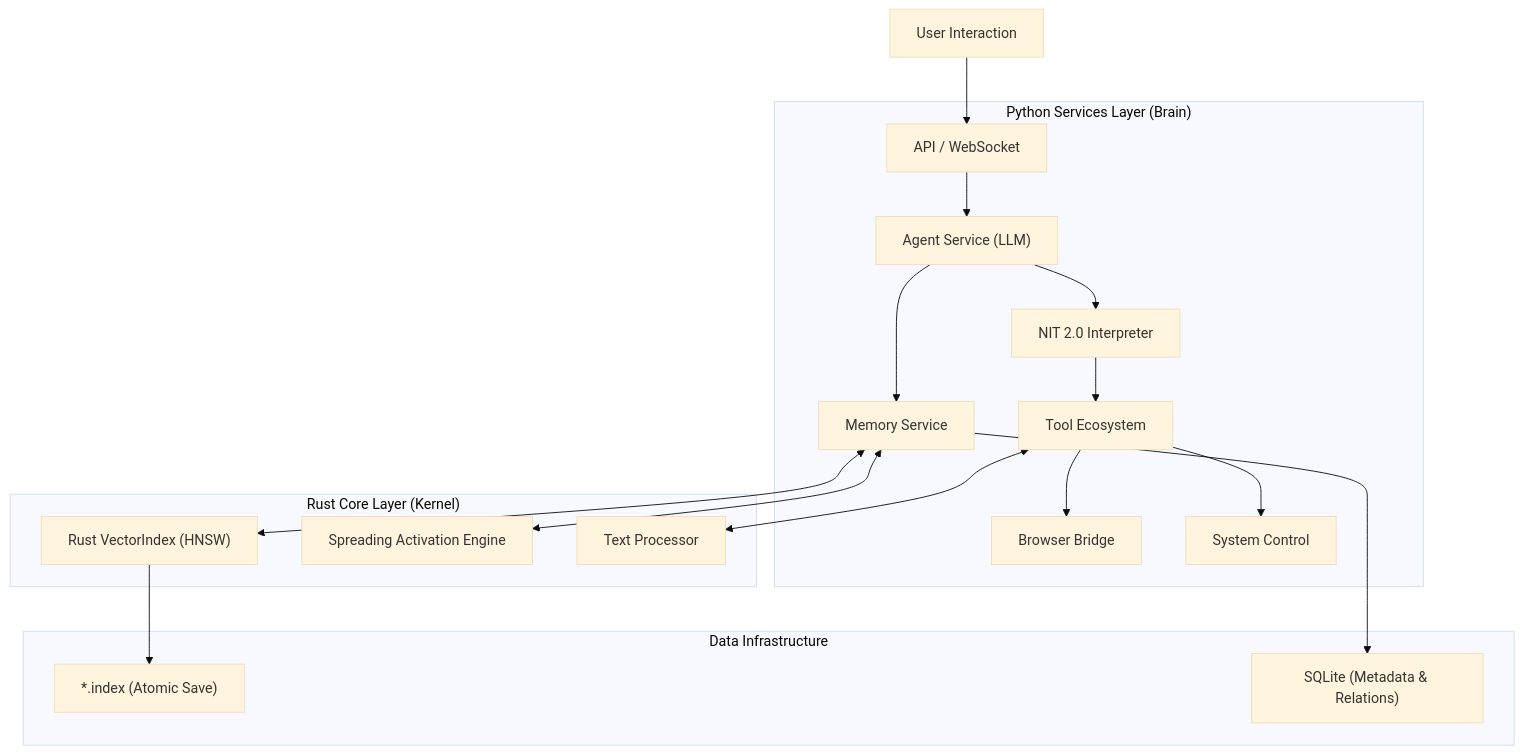
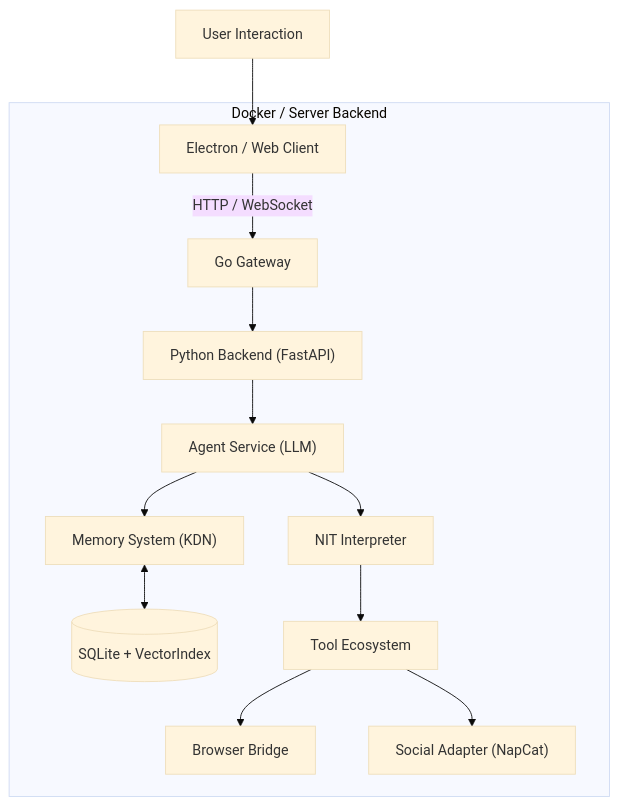
Before and after one commit to YoKONCy/PeroCore: the diagram in README.md, drawn with Mermaid (base theme). The commit also changed other lines of this file and 137 other files, not shown here.

````diff
--- a/README.md
+++ b/README.md
@@ -356,25 +164,19 @@
 ```mermaid
 graph TD
-    User["User Interaction"] --> Interface["API / WebSocket"]
+    User["User Interaction"] --> Client["Electron / Web Client"]
     
-    subgraph "Python Services Layer (Brain)"
-        Interface --> Agent["Agent Service (LLM)"]
-        Agent --> NIT["NIT 2.0 Interpreter"]
-        Agent --> MemoryServ["Memory Service"]
+    subgraph "Docker / Server Backend"
+        Client -- "HTTP / WebSocket" --> Gateway["Go Gateway"]
+        Gateway --> Agent["Python Backend (FastAPI)"]
+        
+        Agent --> Brain["Agent Service (LLM)"]
+        Brain --> Memory["Memory System (KDN)"]
+        Brain --> NIT["NIT Interpreter"]
+        
+        Memory <--> DB[(SQLite + VectorIndex)]
         
         NIT --> Tools["Tool Ecosystem"]
         Tools --> Browser["Browser Bridge"]
-        Tools --> System["System Control"]
-    end
-    
-    subgraph "Rust Core Layer (Kernel)"
-        MemoryServ <--> Vector["Rust VectorIndex (HNSW)"]
-        MemoryServ <--> Graph["Spreading Activation Engine"]
-        Tools <--> Cleaner["Text Processor"]
-    end
-    
-    subgraph "Data Infrastructure"
-        Vector --> LocalFiles["*.index (Atomic Save)"]
-        MemoryServ --> SQLite["SQLite (Metadata & Relations)"]
+        Tools --> Social["Social Adapter (NapCat)"]
     end
 ```
````
